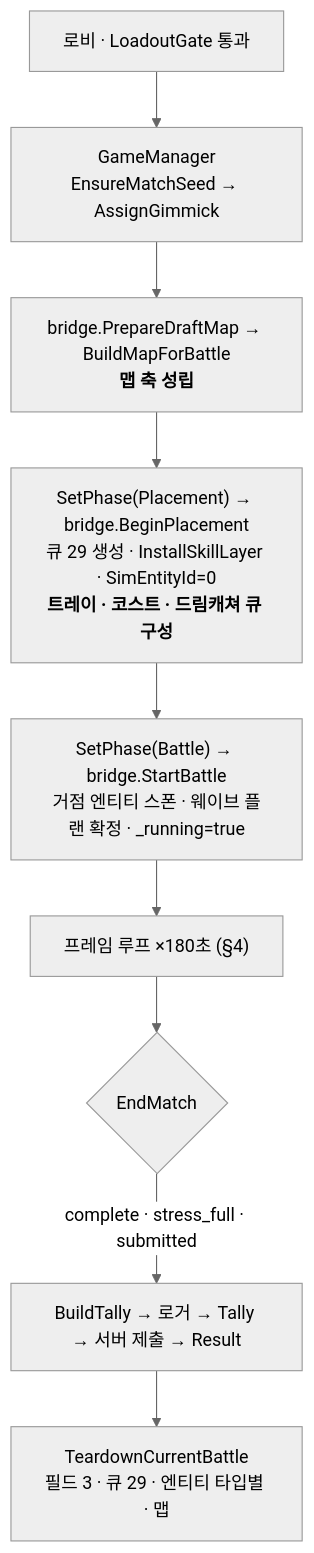
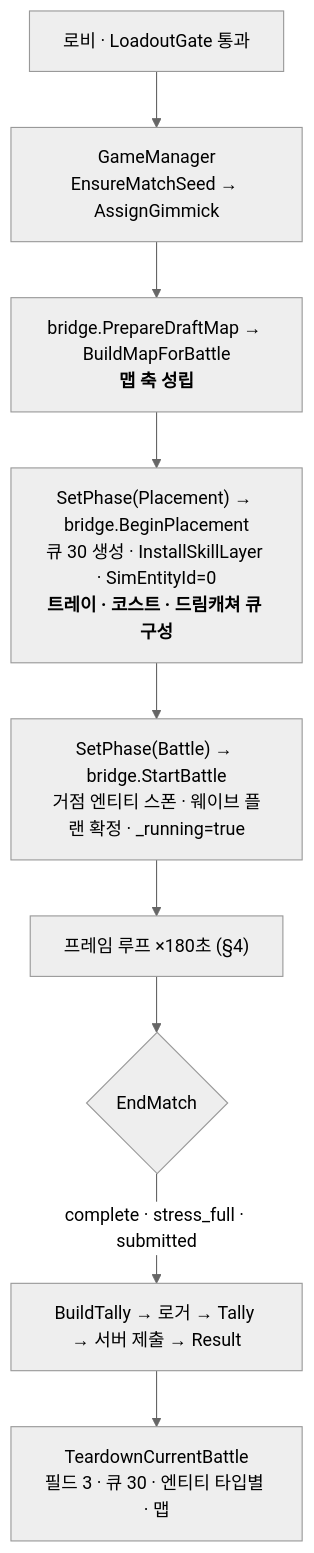
The second of 2 diagrams in docs/reference/battle-core-architecture.md (wasssupman/dreamsquad-demo), drawn with Mermaid (neutral theme) before and after one commit. The commit also changed other lines of this file and 60 other files, not shown here.

````diff
--- a/docs/reference/battle-core-architecture.md
+++ b/docs/reference/battle-core-architecture.md
@@ -250,11 +250,11 @@
 ```mermaid
 flowchart TD
     L["로비 · LoadoutGate 통과"] --> S["GameManager<br/>EnsureMatchSeed → AssignGimmick"]
     S --> M["bridge.PrepareDraftMap → BuildMapForBattle<br/><b>맵 축 성립</b>"]
-    M --> P["SetPhase(Placement) → bridge.BeginPlacement<br/>큐 29 생성 · InstallSkillLayer · SimEntityId=0<br/><b>트레이 · 코스트 · 드림캐쳐 큐 구성</b>"]
+    M --> P["SetPhase(Placement) → bridge.BeginPlacement<br/>큐 30 생성 · InstallSkillLayer · SimEntityId=0<br/><b>트레이 · 코스트 · 드림캐쳐 큐 구성</b>"]
     P --> B["SetPhase(Battle) → bridge.StartBattle<br/>거점 엔티티 스폰 · 웨이브 플랜 확정 · _running=true"]
     B --> F["프레임 루프 ×180초 (§4)"]
     F --> E{"EndMatch"}
     E -->|"complete · stress_full · submitted"| T["BuildTally → 로거 → Tally → 서버 제출 → Result"]
-    T --> D["TeardownCurrentBattle<br/>필드 3 · 큐 29 · 엔티티 타입별 · 맵"]
+    T --> D["TeardownCurrentBattle<br/>필드 3 · 큐 30 · 엔티티 타입별 · 맵"]
 ```
````
